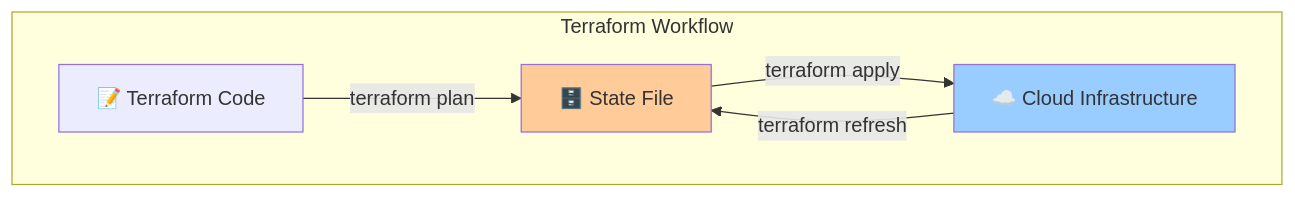
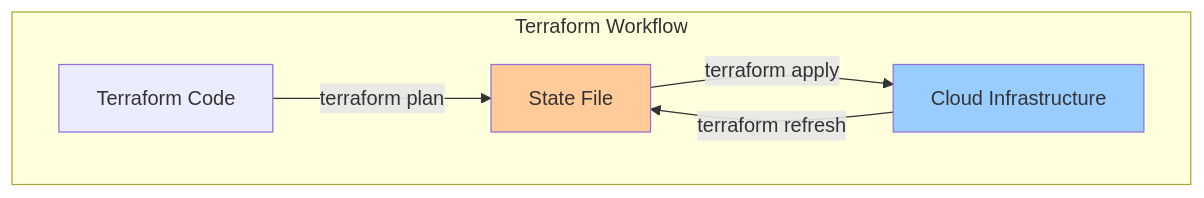
One commit to mtalvik/automatiseerimine_ext changed the third of 3 diagrams in terraform_basics/loeng.md. Above: the diagram before and after it, drawn with Mermaid. The commit also changed other lines of this file and 125 other files, not shown here.

````diff
--- a/terraform_basics/loeng.md
+++ b/terraform_basics/loeng.md
@@ -858,15 +857,15 @@
 ```mermaid
 graph TB
     subgraph "Terraform Workflow"
-        Code[📝 Terraform Code]
-        State[🗄️ State File]
-        Cloud[☁️ Cloud Infrastructure]
+        Code[ Terraform Code]
+        State[ State File]
+        Cloud[ Cloud Infrastructure]
     end
     
     Code -->|terraform plan| State
     State -->|terraform apply| Cloud
     Cloud -->|terraform refresh| State
     
     style State fill:#ffcc99
     style Cloud fill:#99ccff
 ```
````
